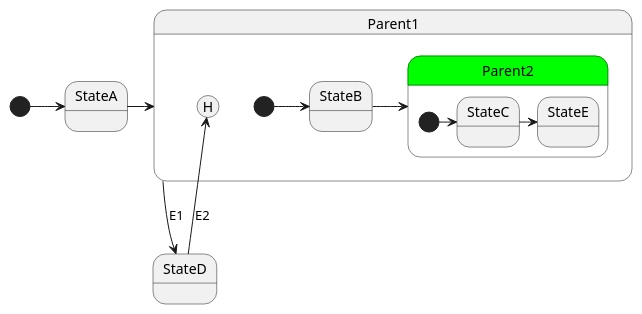
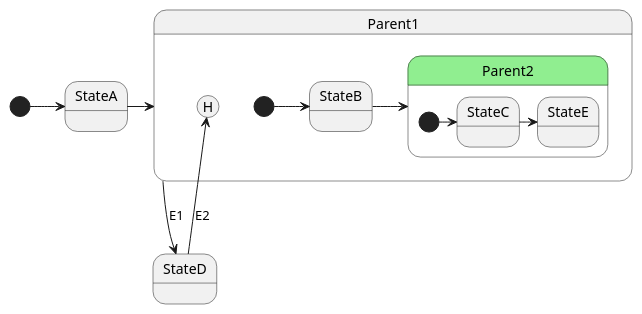
The diagram in source/features/history/history_shallow_03.pu (igor-krechetov/hsmcpp-doc), drawn with PlantUML before and after one commit. The commit also changed 23 other files, not shown here.

```diff
--- a/source/features/history/history_shallow_03.pu
+++ b/source/features/history/history_shallow_03.pu
@@ -1,22 +1,22 @@
 @startuml
 
 state StateD
 
 [*] -> StateA
 StateA -> Parent1
 
 state Parent1 {
     [*] -> StateB
     StateB -> Parent2
 
-    state Parent2 #00FF00 {
+    state Parent2#LightGreen {
         [*] -> StateC
         StateC -> StateE
     }
 
     StateD -up-> [H]: E2
 }
 
 Parent1 -down-> StateD: E1
 
 @enduml
```
